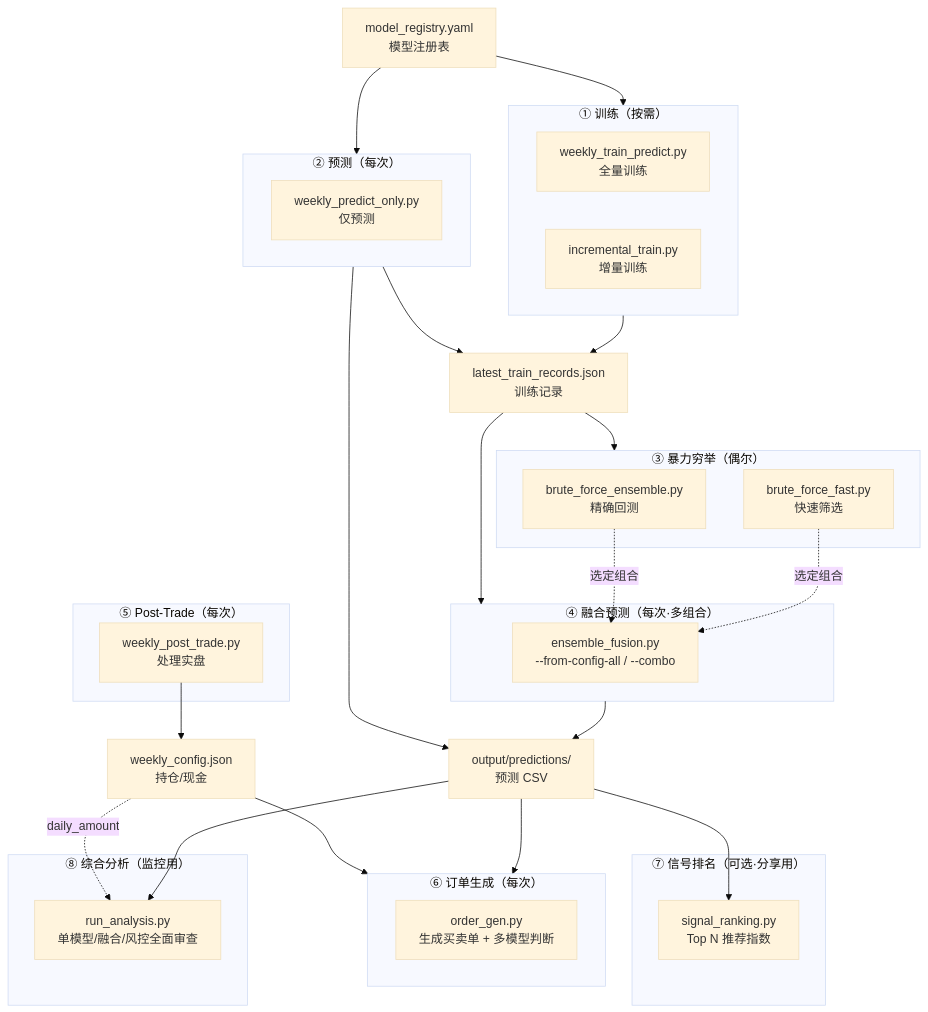
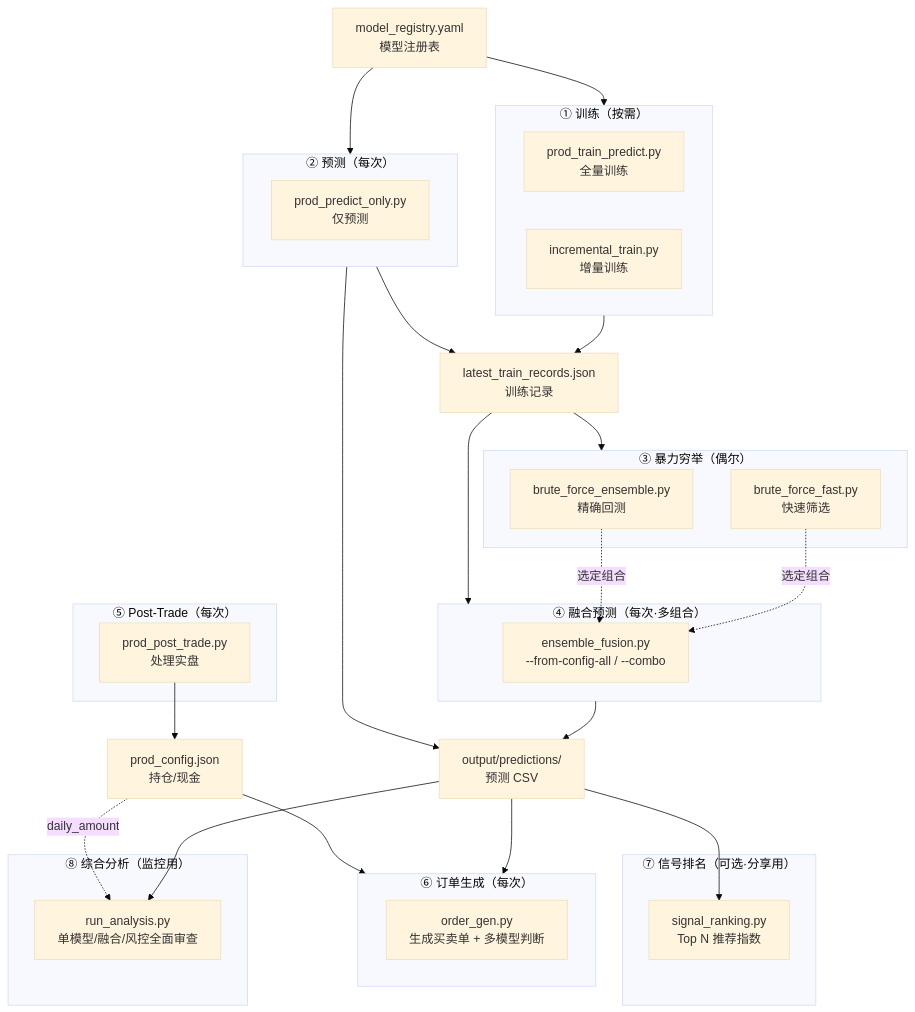
Before and after one commit to DarkLink/QuantPits: the diagram in engine/docs/00_SYSTEM_OVERVIEW.md, drawn with Mermaid (base theme). The commit also changed other lines of this file and 32 other files, not shown here.

````diff
--- a/engine/docs/00_SYSTEM_OVERVIEW.md
+++ b/engine/docs/00_SYSTEM_OVERVIEW.md
@@ -45,58 +45,58 @@
 ```mermaid
 flowchart TB
     subgraph TRAIN["① 训练（按需）"]
-        TP["weekly_train_predict.py<br/>全量训练"]
+        TP["prod_train_predict.py<br/>全量训练"]
         IT["incremental_train.py<br/>增量训练"]
     end
 
     subgraph PREDICT["② 预测（每次）"]
-        PO["weekly_predict_only.py<br/>仅预测"]
+        PO["prod_predict_only.py<br/>仅预测"]
     end
 
     subgraph BRUTEFORCE["③ 暴力穷举（偶尔）"]
         BF["brute_force_ensemble.py<br/>精确回测"]
         BFF["brute_force_fast.py<br/>快速筛选"]
     end
 
     subgraph FUSION["④ 融合预测（每次·多组合）"]
         EF["ensemble_fusion.py<br/>--from-config-all / --combo"]
     end
 
     subgraph POSTTRADE["⑤ Post-Trade（每次）"]
-        PT["weekly_post_trade.py<br/>处理实盘"]
+        PT["prod_post_trade.py<br/>处理实盘"]
     end
 
     subgraph ORDERGEN["⑥ 订单生成（每次）"]
         OG["order_gen.py<br/>生成买卖单 + 多模型判断"]
     end
 
     subgraph SIGNAL["⑦ 信号排名（可选·分享用）"]
         SR["signal_ranking.py<br/>Top N 推荐指数"]
     end
 
     subgraph ANALYSIS["⑧ 综合分析（监控用）"]
         AN["run_analysis.py<br/>单模型/融合/风控全面审查"]
     end
 
     REG["model_registry.yaml<br/>模型注册表"]
     LTR["latest_train_records.json<br/>训练记录"]
     PRED_CSV["output/predictions/<br/>预测 CSV"]
-    WC["weekly_config.json<br/>持仓/现金"]
+    WC["prod_config.json<br/>持仓/现金"]
 
     REG --> TRAIN
     REG --> PREDICT
     TRAIN --> LTR
     PREDICT --> LTR
     LTR --> BRUTEFORCE
     LTR --> FUSION
     FUSION --> PRED_CSV
     PREDICT --> PRED_CSV
     PRED_CSV --> ORDERGEN
     PRED_CSV --> SR
     PRED_CSV --> AN
     PT --> WC
     WC --> ORDERGEN
     WC -.->|daily_amount| AN
     BFF -.->|选定组合| EF
     BF -.->|选定组合| EF
 ```
````
